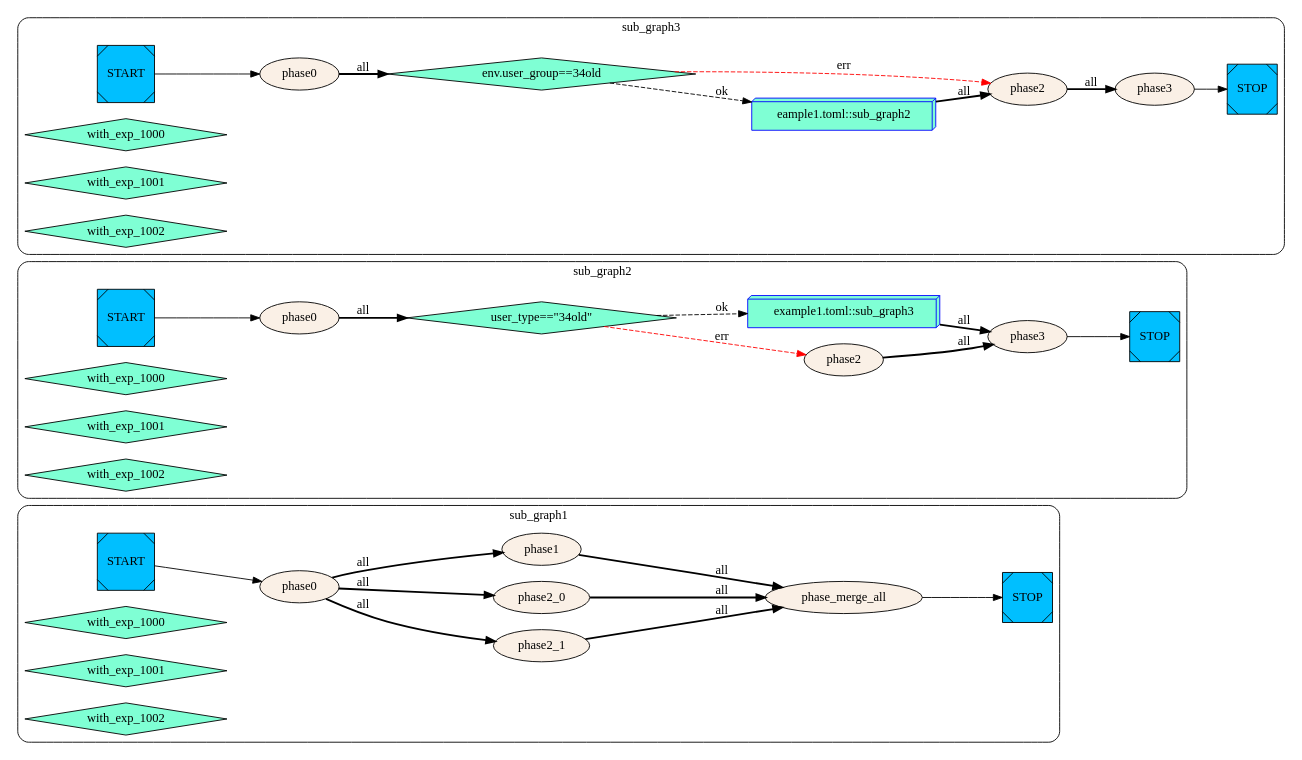
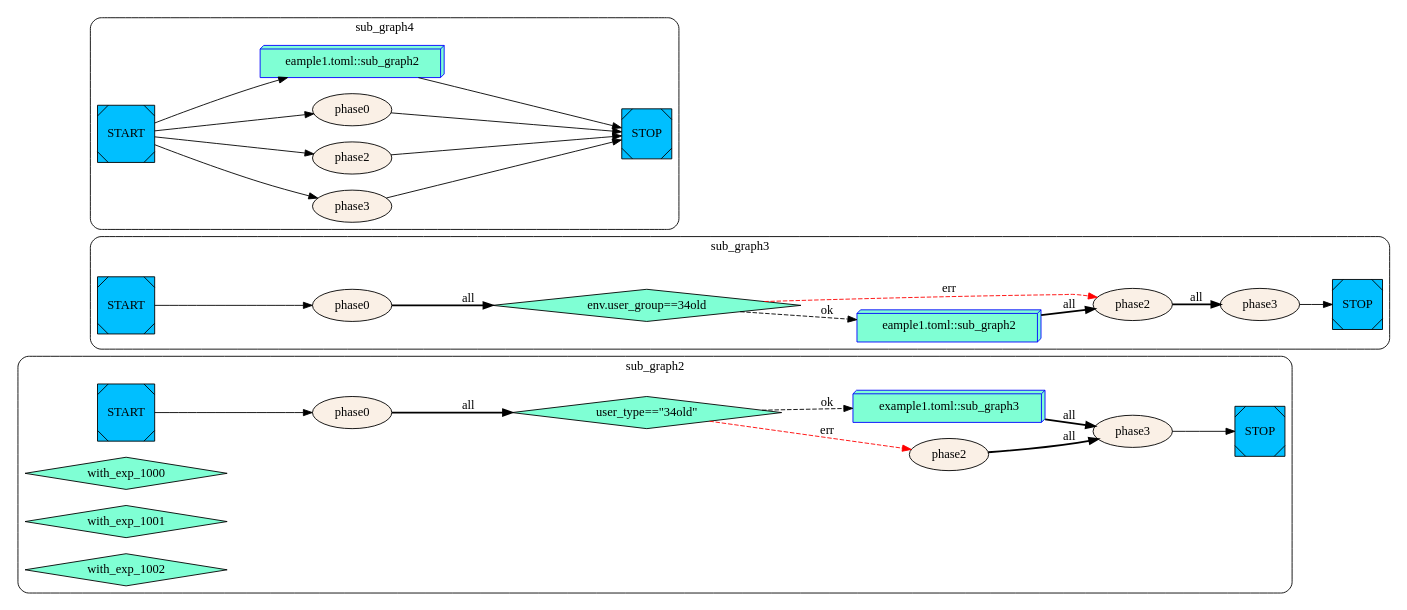
The diagram in didagle/example/example1.toml.dot (yinqiwen/myctk), drawn with Graphviz before and after one commit. The commit also changed 6 other files, not shown here.

```diff
--- a/didagle/example/example1.toml.dot
+++ b/didagle/example/example1.toml.dot
@@ -1,61 +1,66 @@
 digraph G {
     rankdir=LR;
-  subgraph cluster_sub_graph1{
-    style = rounded;
-    label = "sub_graph1";
-    sub_graph1__START__[color=black fillcolor=deepskyblue style=filled shape=Msquare label="START"];
-    sub_graph1__STOP__[color=black fillcolor=deepskyblue style=filled shape=Msquare label="STOP"];
-    sub_graph1_phase2_1 [label="phase2_1" color=black fillcolor=linen style=filled];
-    sub_graph1_phase2_0 [label="phase2_0" color=black fillcolor=linen style=filled];
-    sub_graph1_phase_merge_all [label="phase_merge_all" color=black fillcolor=linen style=filled];
-    sub_graph1_phase0 [label="phase0" color=black fillcolor=linen style=filled];
-    sub_graph1_phase1 [label="phase1" color=black fillcolor=linen style=filled];
-    sub_graph1_with_exp_1000 [label="with_exp_1000" shape=diamond color=black fillcolor=aquamarine style=filled];
-    sub_graph1_with_exp_1001 [label="with_exp_1001" shape=diamond color=black fillcolor=aquamarine style=filled];
-    sub_graph1_with_exp_1002 [label="with_exp_1002" shape=diamond color=black fillcolor=aquamarine style=filled];
-    sub_graph1_phase0 -> sub_graph1_phase2_1 [style=bold label="all"];
-    sub_graph1_phase0 -> sub_graph1_phase2_0 [style=bold label="all"];
-    sub_graph1_phase_merge_all -> sub_graph1__STOP__    sub_graph1_phase2_1 -> sub_graph1_phase_merge_all [style=bold label="all"];
-    sub_graph1_phase1 -> sub_graph1_phase_merge_all [style=bold label="all"];
-    sub_graph1_phase2_0 -> sub_graph1_phase_merge_all [style=bold label="all"];
-    sub_graph1__START__ -> sub_graph1_phase0    sub_graph1_phase0 -> sub_graph1_phase1 [style=bold label="all"];
-};
   subgraph cluster_sub_graph2{
     style = rounded;
     label = "sub_graph2";
     sub_graph2__START__[color=black fillcolor=deepskyblue style=filled shape=Msquare label="START"];
     sub_graph2__STOP__[color=black fillcolor=deepskyblue style=filled shape=Msquare label="STOP"];
     sub_graph2_phase0 [label="phase0" color=black fillcolor=linen style=filled];
     sub_graph2_phase3 [label="phase3" color=black fillcolor=linen style=filled];
     sub_graph2_phase2 [label="phase2" color=black fillcolor=linen style=filled];
     sub_graph2_subgraph_invoke [label="example1.toml::sub_graph3" shape=box3d, color=blue fillcolor=aquamarine style=filled];
     sub_graph2_test_34old [label="user_type==\"34old\"" shape=diamond color=black fillcolor=aquamarine style=filled];
-    sub_graph2_with_exp_1000 [label="with_exp_1000" shape=diamond color=black fillcolor=aquamarine style=filled];
-    sub_graph2_with_exp_1001 [label="with_exp_1001" shape=diamond color=black fillcolor=aquamarine style=filled];
-    sub_graph2_with_exp_1002 [label="with_exp_1002" shape=diamond color=black fillcolor=aquamarine style=filled];
-    sub_graph2__START__ -> sub_graph2_phase0    sub_graph2_phase3 -> sub_graph2__STOP__    sub_graph2_subgraph_invoke -> sub_graph2_phase3 [style=bold label="all"];
+    with_exp_1000 [label="with_exp_1000" shape=diamond color=black fillcolor=aquamarine style=filled];
+    with_exp_1001 [label="with_exp_1001" shape=diamond color=black fillcolor=aquamarine style=filled];
+    with_exp_1002 [label="with_exp_1002" shape=diamond color=black fillcolor=aquamarine style=filled];
+    sub_graph2__START__ -> sub_graph2_phase0;
+    sub_graph2_phase3 -> sub_graph2__STOP__;
+    sub_graph2_subgraph_invoke -> sub_graph2_phase3 [style=bold label="all"];
     sub_graph2_phase2 -> sub_graph2_phase3 [style=bold label="all"];
     sub_graph2_test_34old -> sub_graph2_phase2 [style=dashed color=red label="err"];
     sub_graph2_test_34old -> sub_graph2_subgraph_invoke [style=dashed label="ok"];
     sub_graph2_phase0 -> sub_graph2_test_34old [style=bold label="all"];
 };
   subgraph cluster_sub_graph3{
     style = rounded;
     label = "sub_graph3";
     sub_graph3__START__[color=black fillcolor=deepskyblue style=filled shape=Msquare label="START"];
     sub_graph3__STOP__[color=black fillcolor=deepskyblue style=filled shape=Msquare label="STOP"];
     sub_graph3_sub_graph2 [label="eample1.toml::sub_graph2" shape=box3d, color=blue fillcolor=aquamarine style=filled];
     sub_graph3_phase0 [label="phase0" color=black fillcolor=linen style=filled];
     sub_graph3_phase3 [label="phase3" color=black fillcolor=linen style=filled];
     sub_graph3_phase2 [label="phase2" color=black fillcolor=linen style=filled];
     sub_graph3_test_34old [label="env.user_group==34old" shape=diamond color=black fillcolor=aquamarine style=filled];
-    sub_graph3_with_exp_1000 [label="with_exp_1000" shape=diamond color=black fillcolor=aquamarine style=filled];
-    sub_graph3_with_exp_1001 [label="with_exp_1001" shape=diamond color=black fillcolor=aquamarine style=filled];
-    sub_graph3_with_exp_1002 [label="with_exp_1002" shape=diamond color=black fillcolor=aquamarine style=filled];
+    with_exp_1000 [label="with_exp_1000" shape=diamond color=black fillcolor=aquamarine style=filled];
+    with_exp_1001 [label="with_exp_1001" shape=diamond color=black fillcolor=aquamarine style=filled];
+    with_exp_1002 [label="with_exp_1002" shape=diamond color=black fillcolor=aquamarine style=filled];
     sub_graph3_test_34old -> sub_graph3_sub_graph2 [style=dashed label="ok"];
-    sub_graph3__START__ -> sub_graph3_phase0    sub_graph3_phase3 -> sub_graph3__STOP__    sub_graph3_phase2 -> sub_graph3_phase3 [style=bold label="all"];
+    sub_graph3__START__ -> sub_graph3_phase0;
+    sub_graph3_phase3 -> sub_graph3__STOP__;
+    sub_graph3_phase2 -> sub_graph3_phase3 [style=bold label="all"];
     sub_graph3_sub_graph2 -> sub_graph3_phase2 [style=bold label="all"];
     sub_graph3_test_34old -> sub_graph3_phase2 [style=dashed color=red label="err"];
     sub_graph3_phase0 -> sub_graph3_test_34old [style=bold label="all"];
 };
+  subgraph cluster_sub_graph4{
+    style = rounded;
+    label = "sub_graph4";
+    sub_graph4__START__[color=black fillcolor=deepskyblue style=filled shape=Msquare label="START"];
+    sub_graph4__STOP__[color=black fillcolor=deepskyblue style=filled shape=Msquare label="STOP"];
+    sub_graph4_phase3 [label="phase3" color=black fillcolor=linen style=filled];
+    sub_graph4_phase2 [label="phase2" color=black fillcolor=linen style=filled];
+    sub_graph4_phase0 [label="phase0" color=black fillcolor=linen style=filled];
+    sub_graph4_sub_graph2 [label="eample1.toml::sub_graph2" shape=box3d, color=blue fillcolor=aquamarine style=filled];
+    with_exp_1000 [label="with_exp_1000" shape=diamond color=black fillcolor=aquamarine style=filled];
+    with_exp_1001 [label="with_exp_1001" shape=diamond color=black fillcolor=aquamarine style=filled];
+    with_exp_1002 [label="with_exp_1002" shape=diamond color=black fillcolor=aquamarine style=filled];
+    sub_graph4_phase3 -> sub_graph4__STOP__;
+    sub_graph4__START__ -> sub_graph4_phase3;
+    sub_graph4_phase2 -> sub_graph4__STOP__;
+    sub_graph4__START__ -> sub_graph4_phase2;
+    sub_graph4_phase0 -> sub_graph4__STOP__;
+    sub_graph4__START__ -> sub_graph4_phase0;
+    sub_graph4_sub_graph2 -> sub_graph4__STOP__;
+    sub_graph4__START__ -> sub_graph4_sub_graph2;
+};
 }
```
